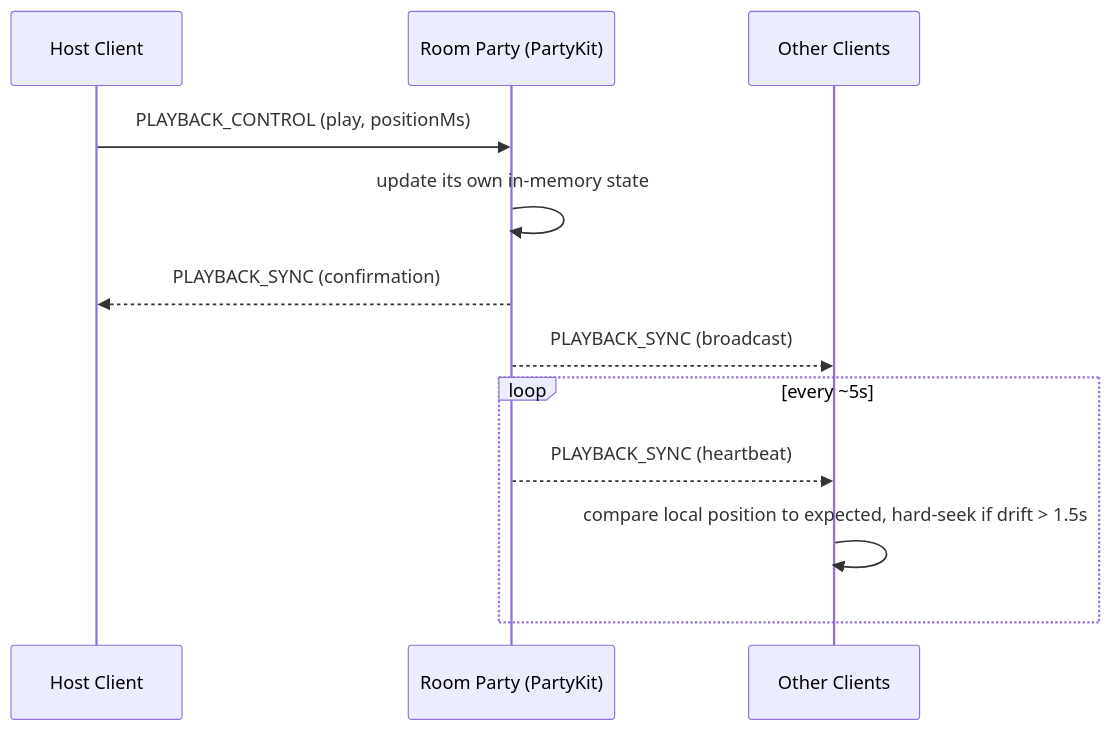
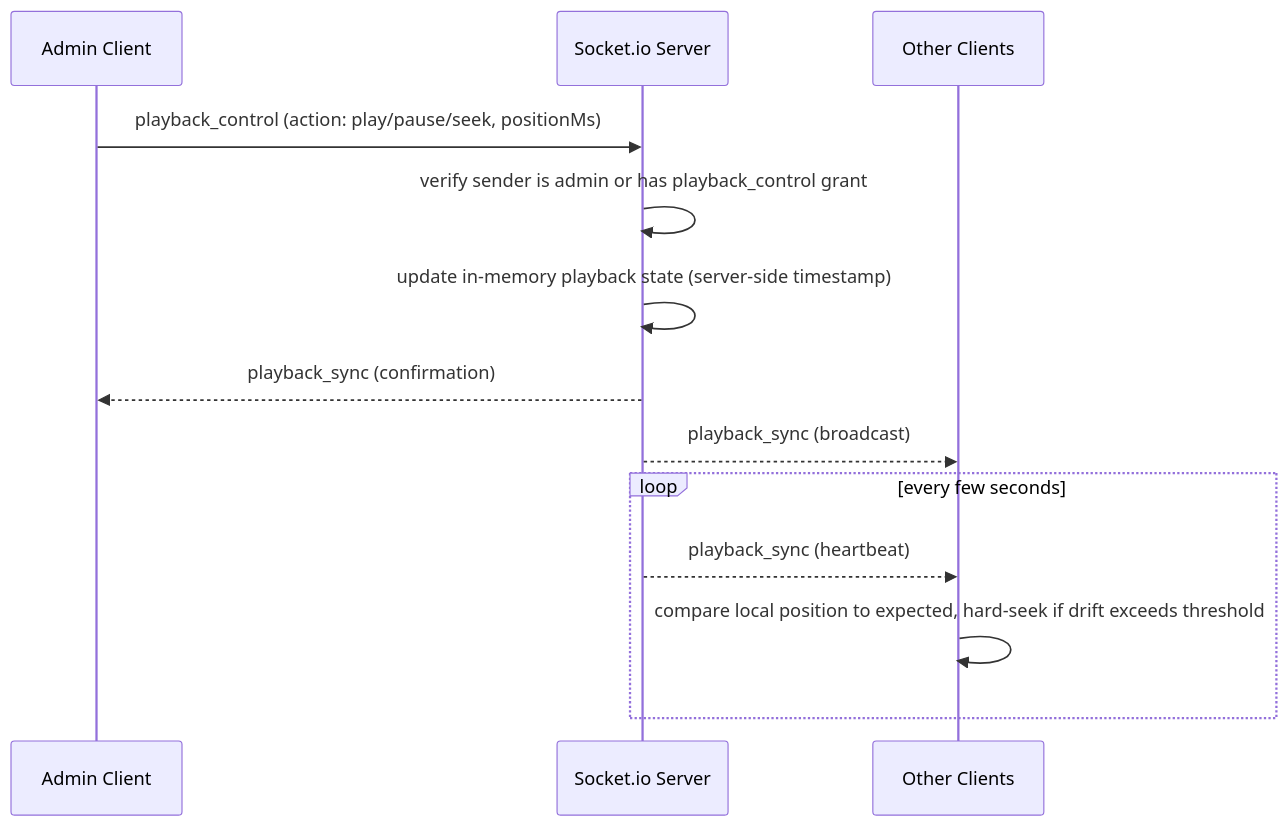
Before and after one commit to muhammedbarghou/watchly-party: the third of 4 diagrams in .cursor/rules/watchly-system-design.md, drawn with Mermaid. The commit also changed other lines of this file and 66 other files, not shown here.

````diff
--- a/.cursor/rules/watchly-system-design.md
+++ b/.cursor/rules/watchly-system-design.md
@@ -95,15 +93,16 @@
 ```mermaid
 sequenceDiagram
-  participant H as Host Client
-  participant P as Room Party (PartyKit)
+  participant A as Admin Client
+  participant S as Socket.io Server
   participant C as Other Clients
 
-  H->>P: PLAYBACK_CONTROL (play, positionMs)
-  P->>P: update its own in-memory state
-  P-->>H: PLAYBACK_SYNC (confirmation)
-  P-->>C: PLAYBACK_SYNC (broadcast)
-  loop every ~5s
-    P-->>C: PLAYBACK_SYNC (heartbeat)
-    C->>C: compare local position to expected, hard-seek if drift > 1.5s
+  A->>S: playback_control (action: play/pause/seek, positionMs)
+  S->>S: verify sender is admin or has playback_control grant
+  S->>S: update in-memory playback state (server-side timestamp)
+  S-->>A: playback_sync (confirmation)
+  S-->>C: playback_sync (broadcast)
+  loop every few seconds
+    S-->>C: playback_sync (heartbeat)
+    C->>C: compare local position to expected, hard-seek if drift exceeds threshold
   end
 ```
````
